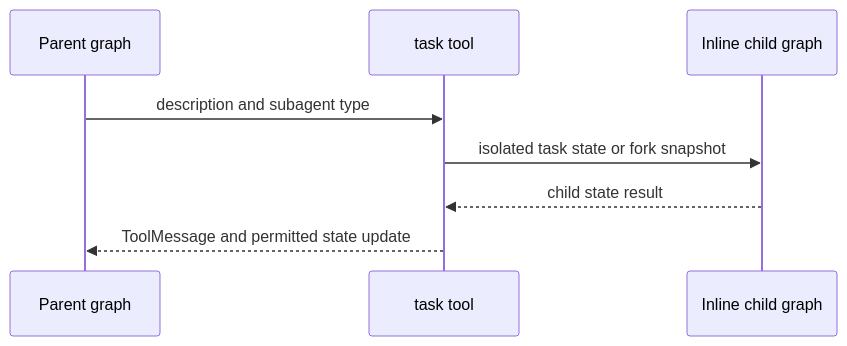
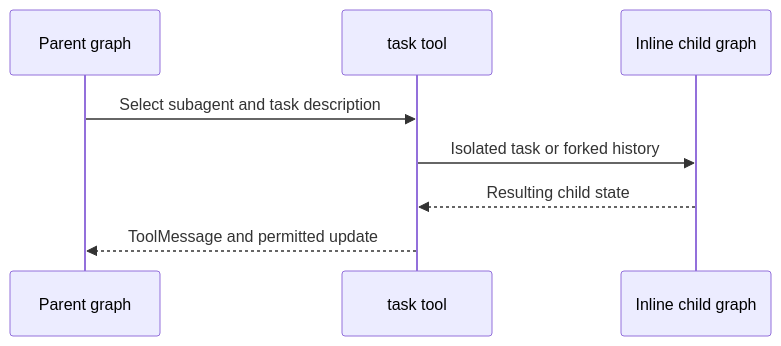
The third of 4 diagrams in openwiki/architecture/sdk-construction-execution.md (langchain-ai/deepagents), drawn with Mermaid before and after one commit. The commit also changed other lines of this file and 53 other files, not shown here.

````diff
--- a/openwiki/architecture/sdk-construction-execution.md
+++ b/openwiki/architecture/sdk-construction-execution.md
@@ -102,10 +122,10 @@
 ```mermaid
 sequenceDiagram
     participant Parent as Parent graph
     participant Task as task tool
     participant Child as Inline child graph
-    Parent->>Task: description and subagent type
-    Task->>Child: isolated task state or fork snapshot
-    Child-->>Task: child state result
-    Task-->>Parent: ToolMessage and permitted state update
+    Parent->>Task: Select subagent and task description
+    Task->>Child: Isolated task or forked history
+    Child-->>Task: Resulting child state
+    Task-->>Parent: ToolMessage and permitted update
 ```
````
